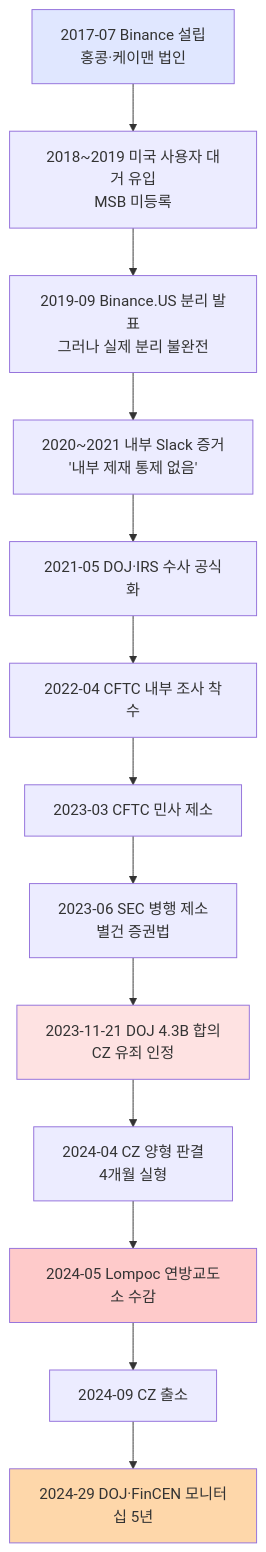
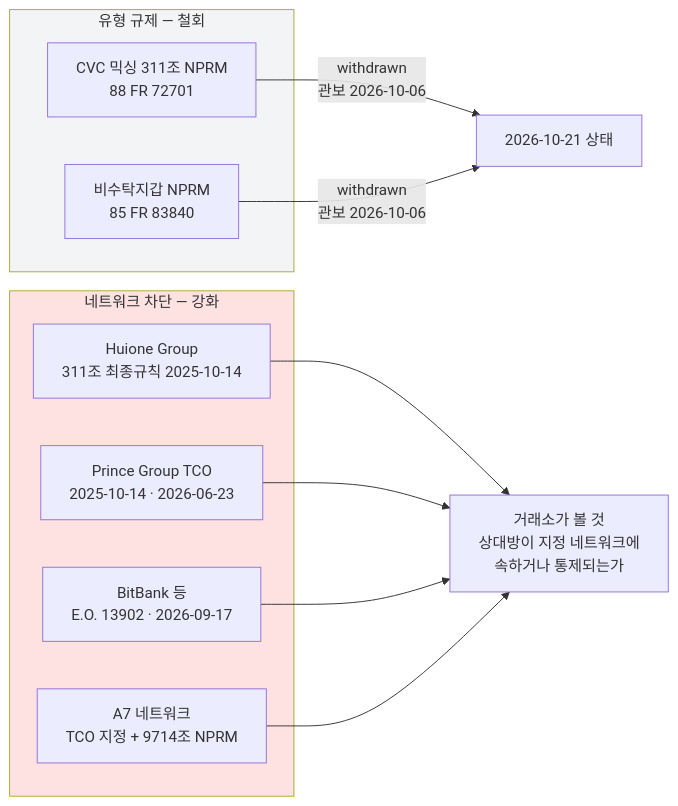
One commit to lala-david/aml-notes changed the second of 2 diagrams in notes/6-cases/major-enforcement.md. Above: the diagram before and after it, drawn with Mermaid. The commit also changed other lines of this file and 379 other files, not shown here.

First line of the commit message:
notes,kb,en,deep,charts: 2026-10-21 기준 정정 46건 반영 — 출처 없는 수치를 걷어내고 다이어그램을 다시 그림

````diff
--- a/notes/6-cases/major-enforcement.md
+++ b/notes/6-cases/major-enforcement.md
@@ -338,19 +84,21 @@
 ```mermaid
-flowchart TB
-    A[2017-07 Binance 설립<br/>홍콩·케이맨 법인] --> B[2018~2019 미국 사용자 대거 유입<br/>MSB 미등록]
-    B --> C[2019-09 Binance.US 분리 발표<br/>그러나 실제 분리 불완전]
-    C --> D[2020~2021 내부 Slack 증거<br/>'내부 제재 통제 없음']
-    D --> E[2021-05 DOJ·IRS 수사 공식화]
-    E --> F[2022-04 CFTC 내부 조사 착수]
-    F --> G[2023-03 CFTC 민사 제소]
-    G --> H[2023-06 SEC 병행 제소<br/>별건 증권법]
-    H --> I[2023-11-21 DOJ 4.3B 합의<br/>CZ 유죄 인정]
-    I --> J[2024-04 CZ 양형 판결<br/>4개월 실형]
-    J --> K[2024-05 Lompoc 연방교도소 수감]
-    K --> L[2024-09 CZ 출소]
-    L --> M[2024-29 DOJ·FinCEN 모니터십 5년]
-    style A fill:#e0e7ff
-    style I fill:#fee2e2
-    style K fill:#fecaca
-    style M fill:#fed7aa
+flowchart LR
+    subgraph T1["유형 규제 — 철회"]
+        M["CVC 믹싱 311조 NPRM<br/>88 FR 72701"]
+        U["비수탁지갑 NPRM<br/>85 FR 83840"]
+    end
+    subgraph T2["네트워크 차단 — 강화"]
+        H["Huione Group<br/>311조 최종규칙 2025-10-14"]
+        P["Prince Group TCO<br/>2025-10-14 · 2026-06-23"]
+        B["BitBank 등<br/>E.O. 13902 · 2026-09-17"]
+        A["A7 네트워크<br/>TCO 지정 + 9714조 NPRM"]
+    end
+    M -->|"withdrawn<br/>관보 2026-10-06"| X["2026-10-21 상태"]
+    U -->|"withdrawn<br/>관보 2026-10-06"| X
+    H --> Y["거래소가 볼 것<br/>상대방이 지정 네트워크에<br/>속하거나 통제되는가"]
+    P --> Y
+    B --> Y
+    A --> Y
+    style T1 fill:#f3f4f6
+    style T2 fill:#fee2e2
 ```
````
